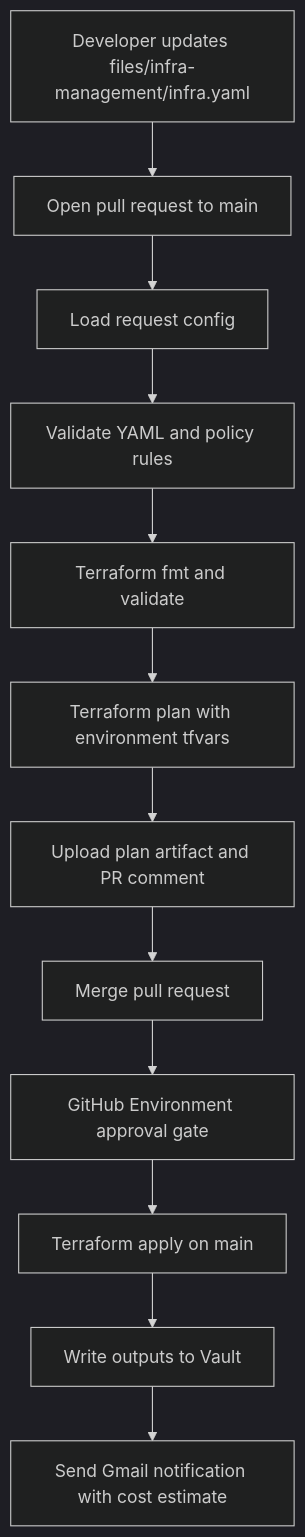
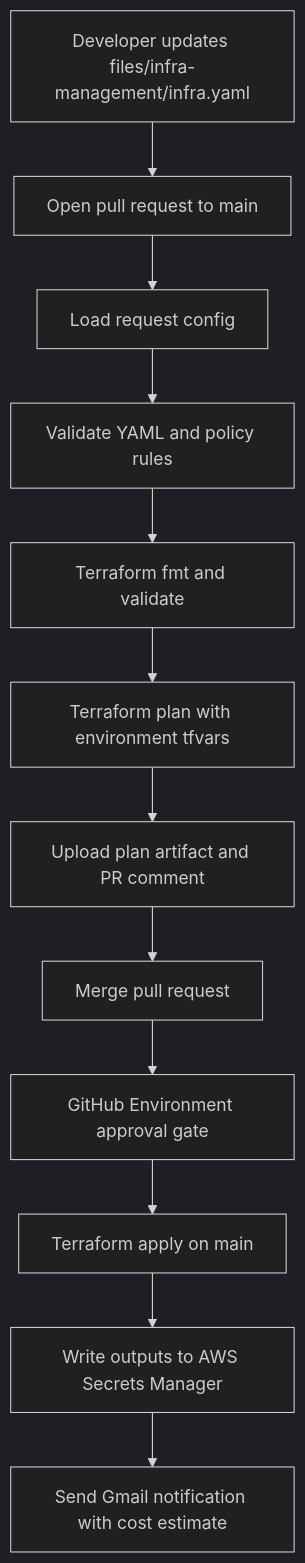
The first of 2 diagrams in README.md (devopsforge2304/IDP-Terraform-Project), drawn with Mermaid (dark theme) before and after one commit. The commit also changed other lines of this file and 17 other files, not shown here.

Commit message:
Replaced vault from AWS Secrets Manager

````diff
--- a/README.md
+++ b/README.md
@@ -64,14 +65,14 @@
 ```mermaid
 flowchart TD
     A[Developer updates files/infra-management/infra.yaml] --> B[Open pull request to main]
     B --> C[Load request config]
     C --> D[Validate YAML and policy rules]
     D --> E[Terraform fmt and validate]
     E --> F[Terraform plan with environment tfvars]
     F --> G[Upload plan artifact and PR comment]
     G --> H[Merge pull request]
     H --> I[GitHub Environment approval gate]
     I --> J[Terraform apply on main]
-    J --> K[Write outputs to Vault]
+    J --> K[Write outputs to AWS Secrets Manager]
     K --> L[Send Gmail notification with cost estimate]
 ```
````
